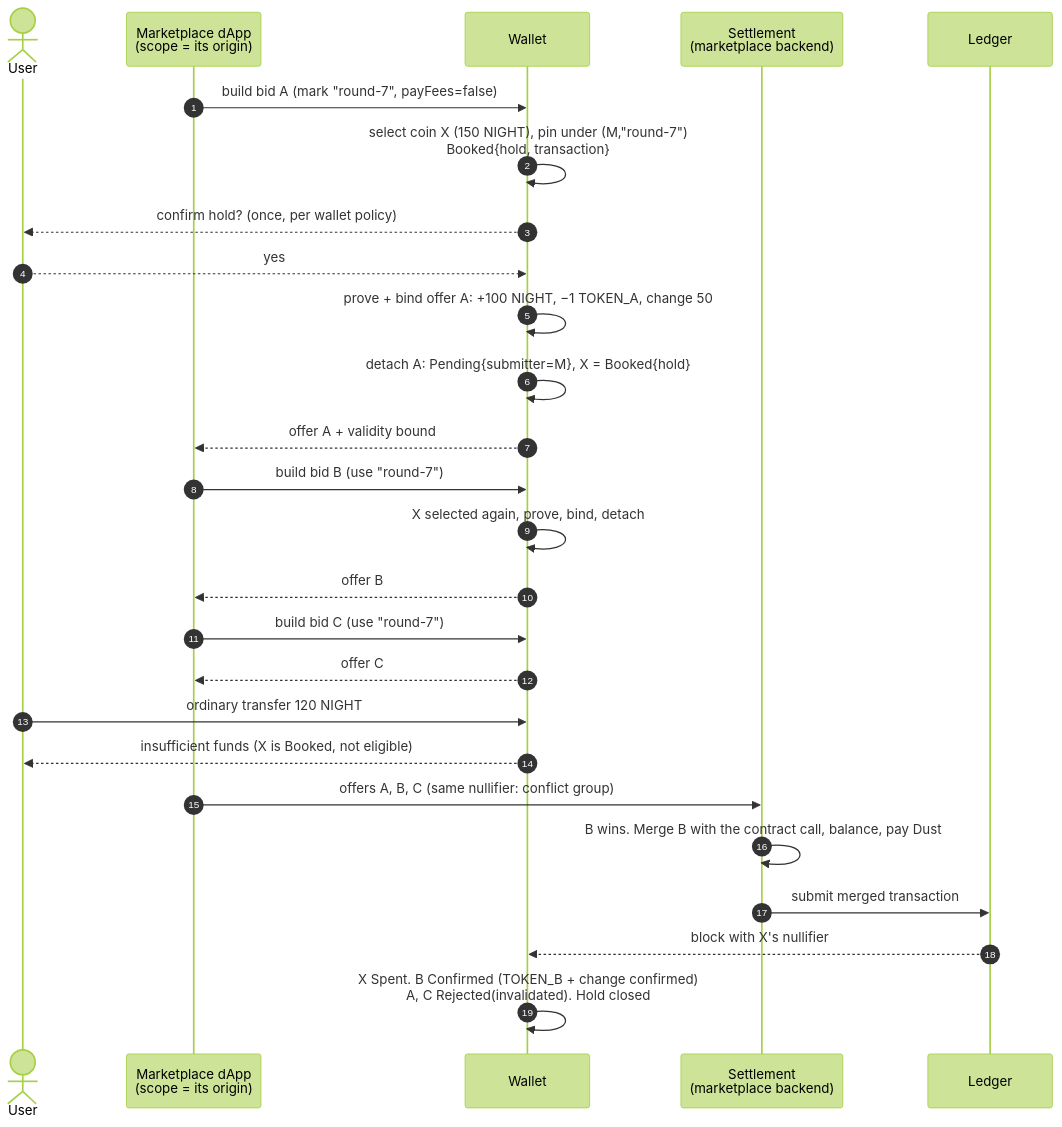
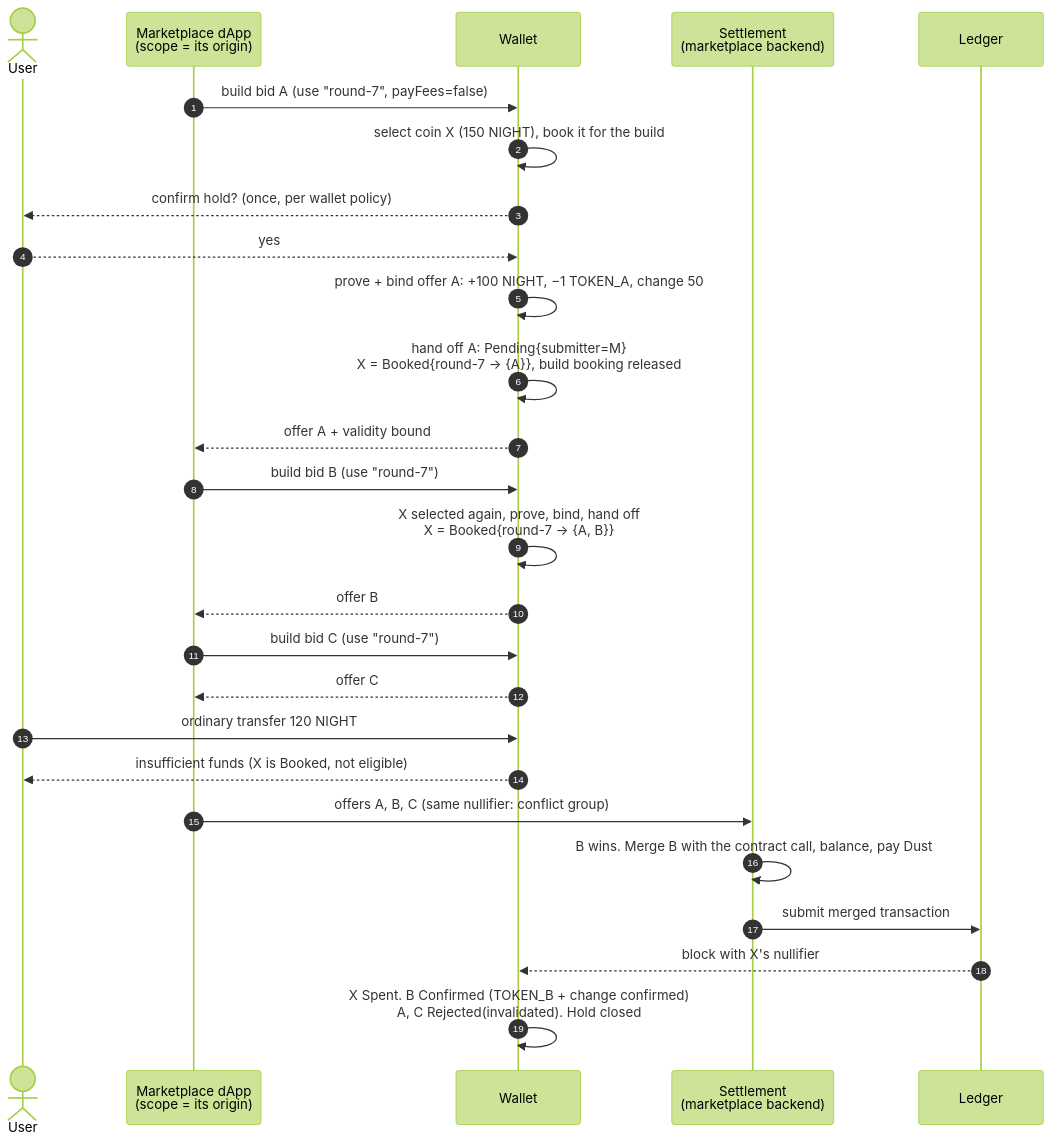
One commit to acedward/midnight-utxo-pinning changed the second of 4 diagrams in README.md. Above: the diagram before and after it, drawn with Mermaid (forest theme). The commit also changed other lines of this file and 14 other files, not shown here.

Commit message:
Refcount pins, use + optional mark, detach_transaction with force; summary walkthrough table; assemble-spec tool

````diff
--- a/README.md
+++ b/README.md
@@ -135,32 +160,32 @@
 ```mermaid
 sequenceDiagram
     autonumber
     actor U as User
     participant M as Marketplace dApp<br/>(scope = its origin)
     participant W as Wallet
     participant S as Settlement<br/>(marketplace backend)
     participant L as Ledger
 
-    M->>W: build bid A (mark "round-7", payFees=false)
-    W->>W: select coin X (150 NIGHT), pin under (M,"round-7")<br/>Booked{hold, transaction}
+    M->>W: build bid A (use "round-7", payFees=false)
+    W->>W: select coin X (150 NIGHT), book it for the build
     W-->>U: confirm hold? (once, per wallet policy)
     U-->>W: yes
     W->>W: prove + bind offer A: +100 NIGHT, −1 TOKEN_A, change 50
-    W->>W: detach A: Pending{submitter=M}, X = Booked{hold}
+    W->>W: hand off A: Pending{submitter=M}<br/>X = Booked{round-7 → {A}}, build booking released
     W-->>M: offer A + validity bound
 
     M->>W: build bid B (use "round-7")
-    W->>W: X selected again, prove, bind, detach
+    W->>W: X selected again, prove, bind, hand off<br/>X = Booked{round-7 → {A, B}}
     W-->>M: offer B
     M->>W: build bid C (use "round-7")
     W-->>M: offer C
 
     U->>W: ordinary transfer 120 NIGHT
     W-->>U: insufficient funds (X is Booked, not eligible)
 
     M->>S: offers A, B, C (same nullifier: conflict group)
     S->>S: B wins. Merge B with the contract call, balance, pay Dust
     S->>L: submit merged transaction
     L-->>W: block with X's nullifier
     W->>W: X Spent. B Confirmed (TOKEN_B + change confirmed)<br/>A, C Rejected(invalidated). Hold closed
 ```
````
